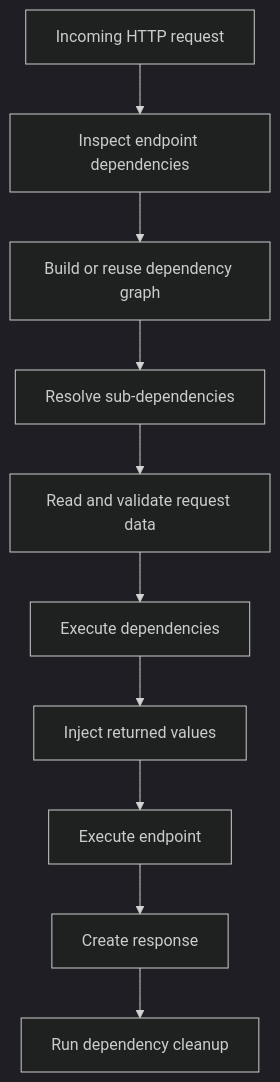
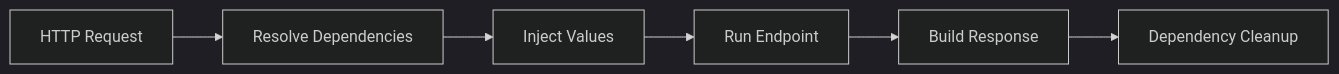
The first of 11 diagrams in src/content/fastapi/dependency-injection-depends.md (AvadhBhalodiya/Interview-Preparation), drawn with Mermaid (dark theme) before and after one commit. The commit also changed other lines of this file and 80 other files, not shown here.

````diff
--- a/src/content/fastapi/dependency-injection-depends.md
+++ b/src/content/fastapi/dependency-injection-depends.md
@@ -24,12 +76,8 @@
 ```mermaid
-flowchart TD
-    A[Incoming HTTP request] --> B[Inspect endpoint dependencies]
-    B --> C[Build or reuse dependency graph]
-    C --> D[Resolve sub-dependencies]
-    D --> E[Read and validate request data]
-    E --> F[Execute dependencies]
-    F --> G[Inject returned values]
-    G --> H[Execute endpoint]
-    H --> I[Create response]
-    I --> J[Run dependency cleanup]
+flowchart LR
+    A[HTTP Request] --> B[Resolve Dependencies]
+    B --> C[Inject Values]
+    C --> D[Run Endpoint]
+    D --> E[Build Response]
+    E --> F[Dependency Cleanup]
 ```
````
